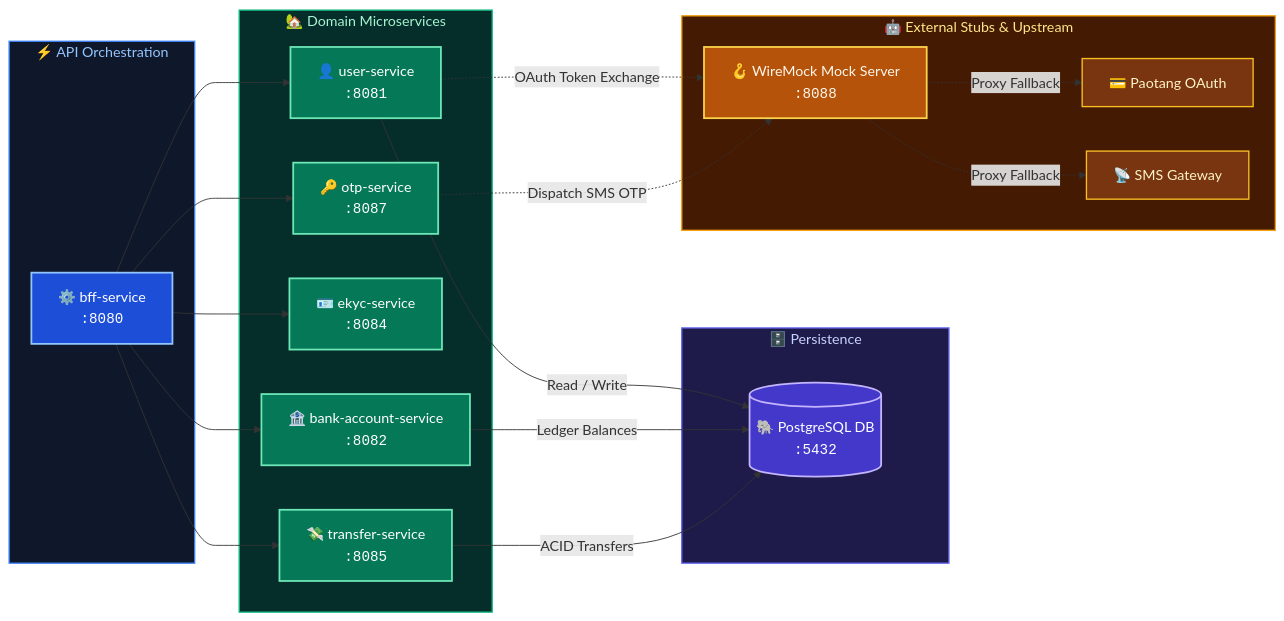
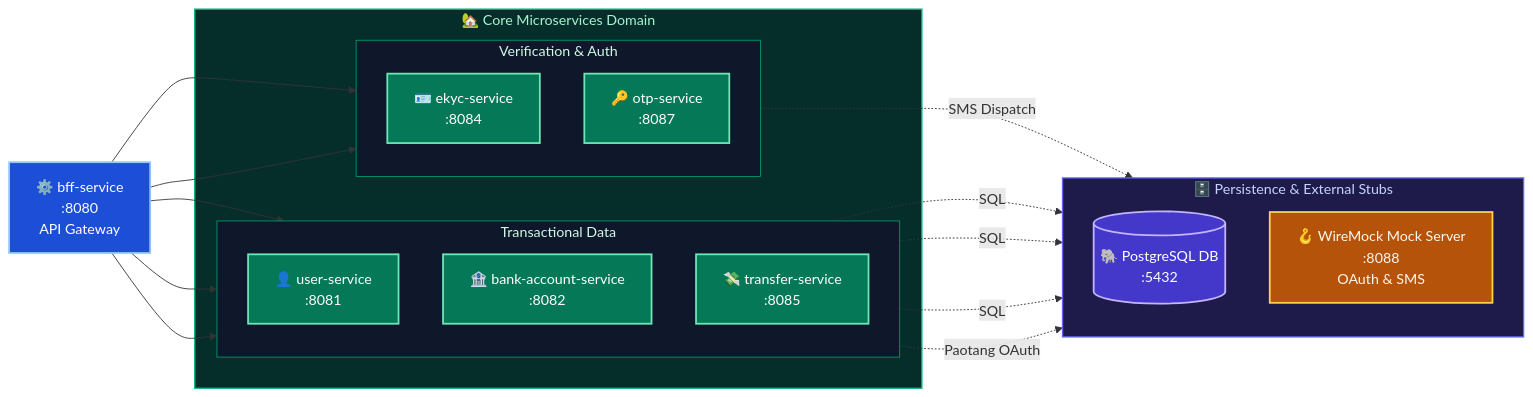
Before and after one commit to SiwakornSitti/ultra-smoooooth-testing: the second of 3 diagrams in slides/slides.md, drawn with Mermaid. The commit also changed other lines of this file and 1 other file, not shown here.

Commit message:
fix(slides): prevent panel overflow

````diff
--- a/slides/slides.md
+++ b/slides/slides.md
@@ -364,57 +368,51 @@
-```mermaid {scale: 0.65}
+```mermaid {scale: 0.58}
 flowchart LR
-    subgraph GATEWAY["⚡ API Orchestration"]
-        BFF["⚙️ bff-service<br/><code>:8080</code>"]
+    BFF["⚙️ bff-service<br/>:8080<br/>API Gateway"]
+
+    subgraph DOMAINS["🏡 Core Microservices Domain"]
+        subgraph PERSISTENT["Transactional Data"]
+            direction TB
+            UserService["👤 user-service<br/>:8081"]
+            BankService["🏦 bank-account-service<br/>:8082"]
+            TransferService["💸 transfer-service<br/>:8085"]
+        end
+        subgraph VERIFY["Verification & Auth"]
+            direction TB
+            EKYCService["🪪 ekyc-service<br/>:8084"]
+            OTPService["🔑 otp-service<br/>:8087"]
+        end
     end
 
-    subgraph SERVICES["🏡 Domain Microservices"]
-        UserService["👤 user-service<br/><code>:8081</code>"]
-        BankService["🏦 bank-account-service<br/><code>:8082</code>"]
-        EKYCService["🪪 ekyc-service<br/><code>:8084</code>"]
-        TransferService["💸 transfer-service<br/><code>:8085</code>"]
-        OTPService["🔑 otp-service<br/><code>:8087</code>"]
-    end
-
-    subgraph DATA["🗄️ Persistence"]
-        DB[("🐘 PostgreSQL DB<br/><code>:5432</code>")]
-    end
-
-    subgraph MOCKS["🤖 External Stubs & Upstream"]
-        WireMock["🪝 WireMock Mock Server<br/><code>:8088</code>"]
-        Paotang["💳 Paotang OAuth"]
-        SMS["📡 SMS Gateway"]
+    subgraph INFRA["🗄️ Persistence & External Stubs"]
+        direction TB
+        DB[("🐘 PostgreSQL DB<br/>:5432")]
+        WM["🪝 WireMock Mock Server<br/>:8088<br/>OAuth & SMS"]
     end
 
     BFF --> UserService
     BFF --> BankService
+    BFF --> TransferService
     BFF --> EKYCService
-    BFF --> TransferService
     BFF --> OTPService
 
-    UserService -->|Read / Write| DB
-    BankService -->|Ledger Balances| DB
-    TransferService -->|ACID Transfers| DB
-
-    UserService -.->|OAuth Token Exchange| WireMock
-    OTPService -.->|Dispatch SMS OTP| WireMock
-
-    WireMock -.->|Proxy Fallback| Paotang
-    WireMock -.->|Proxy Fallback| SMS
+    UserService -.->|SQL| DB
+    BankService -.->|SQL| DB
+    TransferService -.->|SQL| DB
+    UserService -.->|Paotang OAuth| WM
+    OTPService -.->|SMS Dispatch| WM
 
     classDef gateway fill:#1d4ed8,stroke:#93c5fd,color:#ffffff,stroke-width:2px
     classDef service fill:#047857,stroke:#6ee7b7,color:#ffffff,stroke-width:2px
     classDef db fill:#4338ca,stroke:#c4b5fd,color:#ffffff,stroke-width:2px
     classDef mock fill:#b45309,stroke:#fcd34d,color:#fff7ed,stroke-width:2px
-    classDef ext fill:#78350f,stroke:#fbbf24,color:#fef3c7,stroke-width:1.5px
 
     class BFF gateway
     class UserService,BankService,EKYCService,TransferService,OTPService service
     class DB db
-    class WireMock mock
-    class Paotang,SMS ext
+    class WM mock
 
-    style GATEWAY fill:#0f172a,stroke:#3b82f6,stroke-width:1.5px,color:#93c5fd
-    style SERVICES fill:#052e2b,stroke:#10b981,stroke-width:1.5px,color:#a7f3d0
-    style DATA fill:#1e1b4b,stroke:#6366f1,stroke-width:1.5px,color:#c7d2fe
-    style MOCKS fill:#451a03,stroke:#f59e0b,stroke-width:1.5px,color:#fde68a
+    style DOMAINS fill:#052e2b,stroke:#10b981,stroke-width:1.5px,color:#a7f3d0
+    style PERSISTENT fill:#0f172a,stroke:#059669,stroke-width:1px,color:#d1fae5
+    style VERIFY fill:#0f172a,stroke:#059669,stroke-width:1px,color:#d1fae5
+    style INFRA fill:#1e1b4b,stroke:#6366f1,stroke-width:1.5px,color:#c7d2fe
 ```
````
